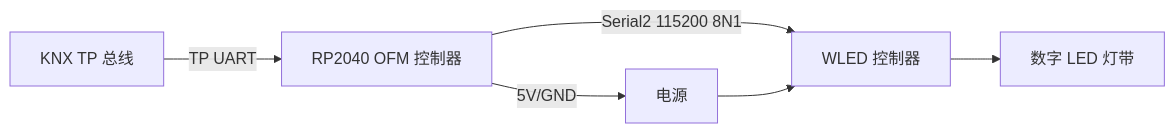
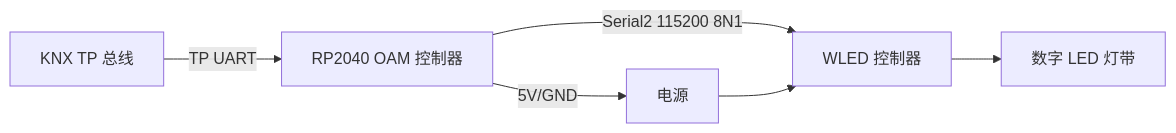
One commit to betamoojw/OAM-DigitalLEDController changed the diagram in docs/HARDWARE_INTEGRATION.zh-CN.md. Above: the diagram before and after it, drawn with Mermaid. The commit also changed other lines of this file and 5 other files, not shown here.

````diff
--- a/docs/HARDWARE_INTEGRATION.zh-CN.md
+++ b/docs/HARDWARE_INTEGRATION.zh-CN.md
@@ -7,8 +7,8 @@
 ```mermaid
 flowchart LR
-    KNX[KNX TP 总线] -->|TP UART| RP2040[RP2040 OFM 控制器]
+    KNX[KNX TP 总线] -->|TP UART| RP2040[RP2040 OAM 控制器]
     RP2040 -->|Serial2 115200 8N1| WLED[WLED 控制器]
     RP2040 -->|5V/GND| PSU[电源]
     PSU --> WLED
     WLED --> LED[数字 LED 灯带]
 ```
````
